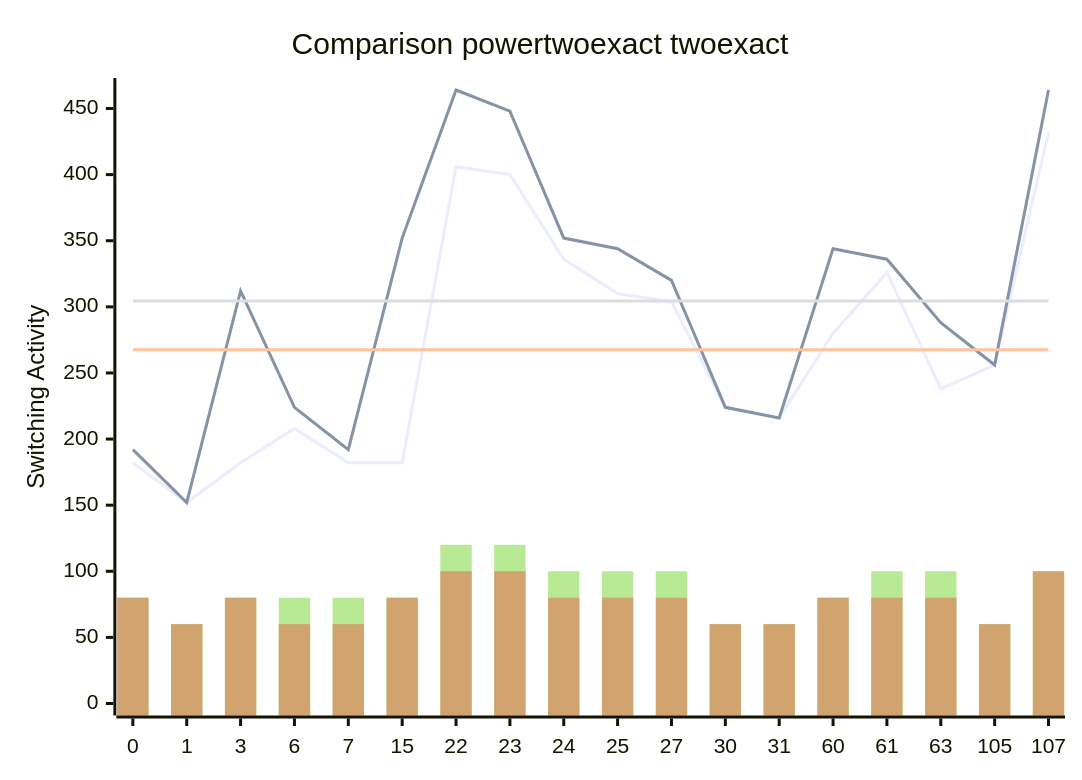
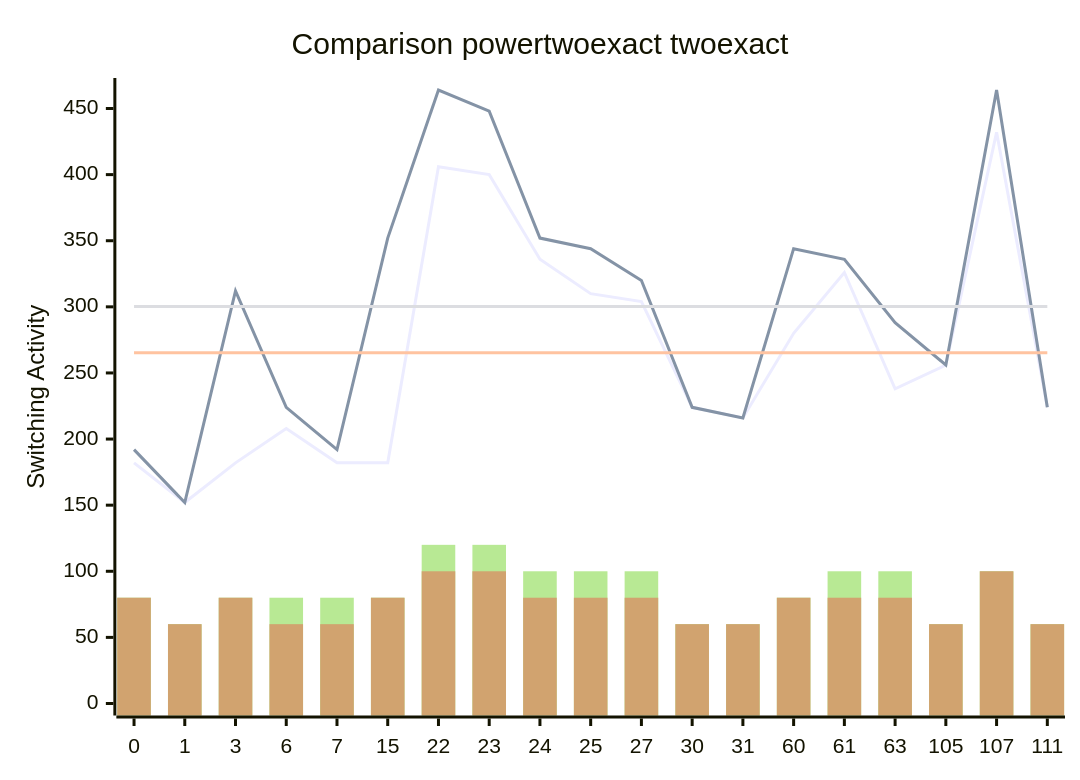
The diagram in benchmark_opt.md (FeldmeierMichael/Exact-Power-Synthesis), drawn with Mermaid before and after one commit. The commit also changed other lines of this file, not shown here.

````diff
--- a/benchmark_opt.md
+++ b/benchmark_opt.md
@@ -41,12 +43,12 @@
 ```mermaid
 xychart-beta
     title "Comparison powertwoexact twoexact"
-    x-axis [0, 1, 3, 6, 7, 15, 22, 23, 24, 25, 27, 30, 31, 60, 61, 63, 105, 107]
+    x-axis [0, 1, 3, 6, 7, 15, 22, 23, 24, 25, 27, 30, 31, 60, 61, 63, 105, 107, 111]
     y-axis "Switching Activity" 0-->464
-    line [182, 152, 182, 208, 182, 182, 406, 400, 336, 310, 304, 224, 216, 280, 326, 238, 256, 432]
-    line [192, 152, 312, 224, 192, 352, 464, 448, 352, 344, 320, 224, 216, 344, 336, 288, 256, 464]
-    line [267.55555555555554, 267.55555555555554, 267.55555555555554, 267.55555555555554, 267.55555555555554, 267.55555555555554, 267.55555555555554, 267.55555555555554, 267.55555555555554, 267.55555555555554, 267.55555555555554, 267.55555555555554, 267.55555555555554, 267.55555555555554, 267.55555555555554, 267.55555555555554, 267.55555555555554, 267.55555555555554]
-    line [304.44444444444446, 304.44444444444446, 304.44444444444446, 304.44444444444446, 304.44444444444446, 304.44444444444446, 304.44444444444446, 304.44444444444446, 304.44444444444446, 304.44444444444446, 304.44444444444446, 304.44444444444446, 304.44444444444446, 304.44444444444446, 304.44444444444446, 304.44444444444446, 304.44444444444446, 304.44444444444446]
-    bar [80, 60, 80, 80, 80, 80, 120, 120, 100, 100, 100, 60, 60, 80, 100, 100, 60, 100]
-    bar [80, 60, 80, 60, 60, 80, 100, 100, 80, 80, 80, 60, 60, 80, 80, 80, 60, 100]
+    line [182, 152, 182, 208, 182, 182, 406, 400, 336, 310, 304, 224, 216, 280, 326, 238, 256, 432, 224]
+    line [192, 152, 312, 224, 192, 352, 464, 448, 352, 344, 320, 224, 216, 344, 336, 288, 256, 464, 224]
+    line [265.2631578947368, 265.2631578947368, 265.2631578947368, 265.2631578947368, 265.2631578947368, 265.2631578947368, 265.2631578947368, 265.2631578947368, 265.2631578947368, 265.2631578947368, 265.2631578947368, 265.2631578947368, 265.2631578947368, 265.2631578947368, 265.2631578947368, 265.2631578947368, 265.2631578947368, 265.2631578947368, 265.2631578947368]
+    line [300.2105263157895, 300.2105263157895, 300.2105263157895, 300.2105263157895, 300.2105263157895, 300.2105263157895, 300.2105263157895, 300.2105263157895, 300.2105263157895, 300.2105263157895, 300.2105263157895, 300.2105263157895, 300.2105263157895, 300.2105263157895, 300.2105263157895, 300.2105263157895, 300.2105263157895, 300.2105263157895, 300.2105263157895]
+    bar [80, 60, 80, 80, 80, 80, 120, 120, 100, 100, 100, 60, 60, 80, 100, 100, 60, 100, 60]
+    bar [80, 60, 80, 60, 60, 80, 100, 100, 80, 80, 80, 60, 60, 80, 80, 80, 60, 100, 60]
 ```
````
